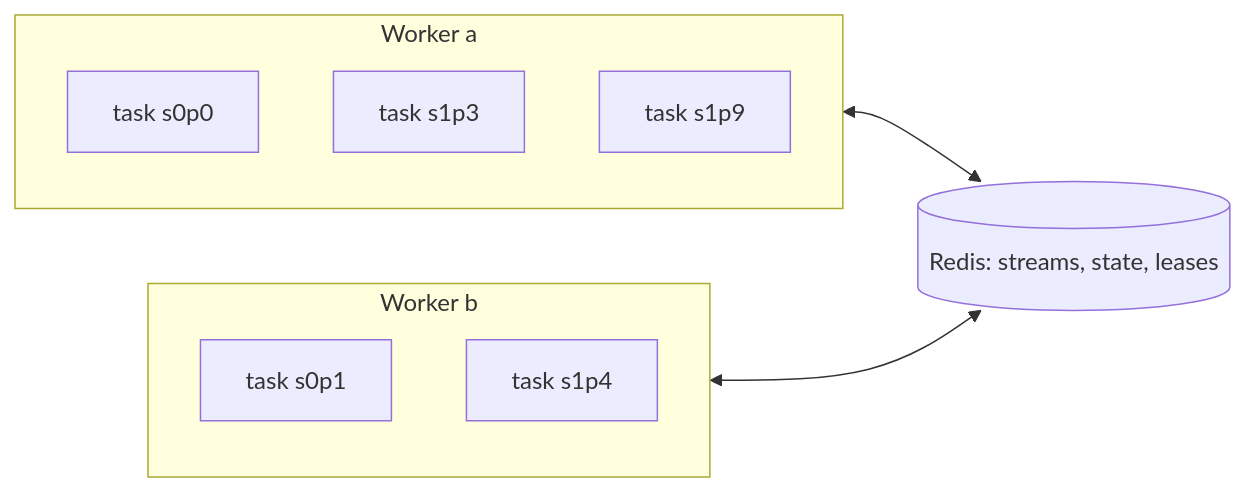
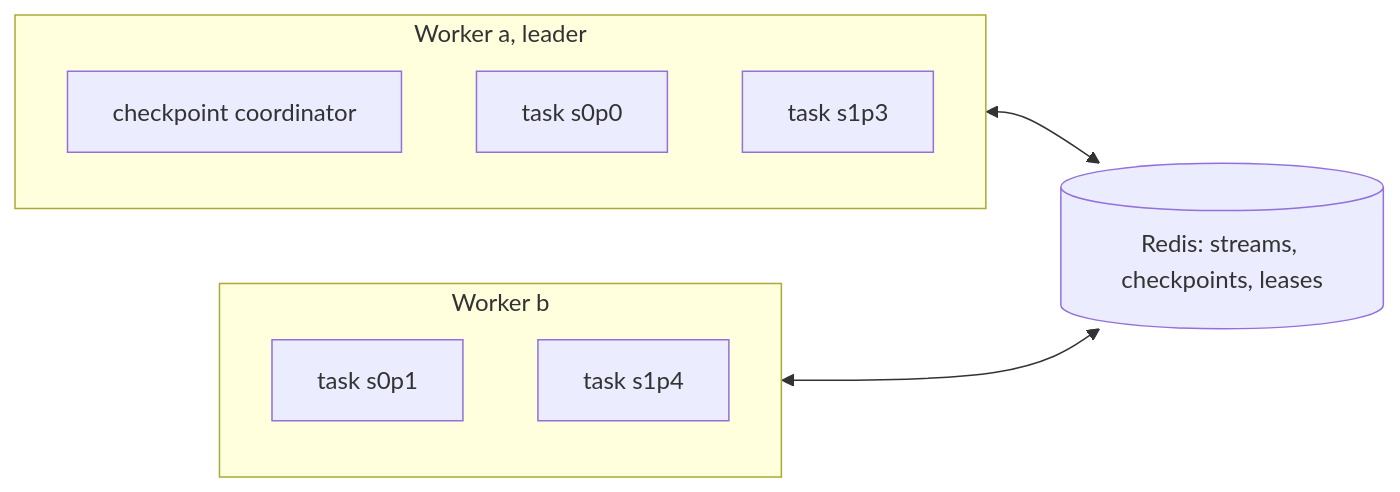
Before and after one commit to Mohitkumar/tangerine: the first of 2 diagrams in DESIGN.md, drawn with Mermaid. The commit also changed other lines of this file and 37 other files, not shown here.

````diff
--- a/DESIGN.md
+++ b/DESIGN.md
@@ -89,15 +81,15 @@
 ```mermaid
 flowchart LR
-  subgraph W1[Worker a]
+  subgraph W1[Worker a, leader]
+    C[checkpoint coordinator]
     T1[task s0p0]
     T2[task s1p3]
-    T3[task s1p9]
   end
   subgraph W2[Worker b]
     T4[task s0p1]
     T5[task s1p4]
   end
-  R[(Redis: streams, state, leases)]
+  R[(Redis: streams, checkpoints, leases)]
   W1 <--> R
   W2 <--> R
 ```
````
